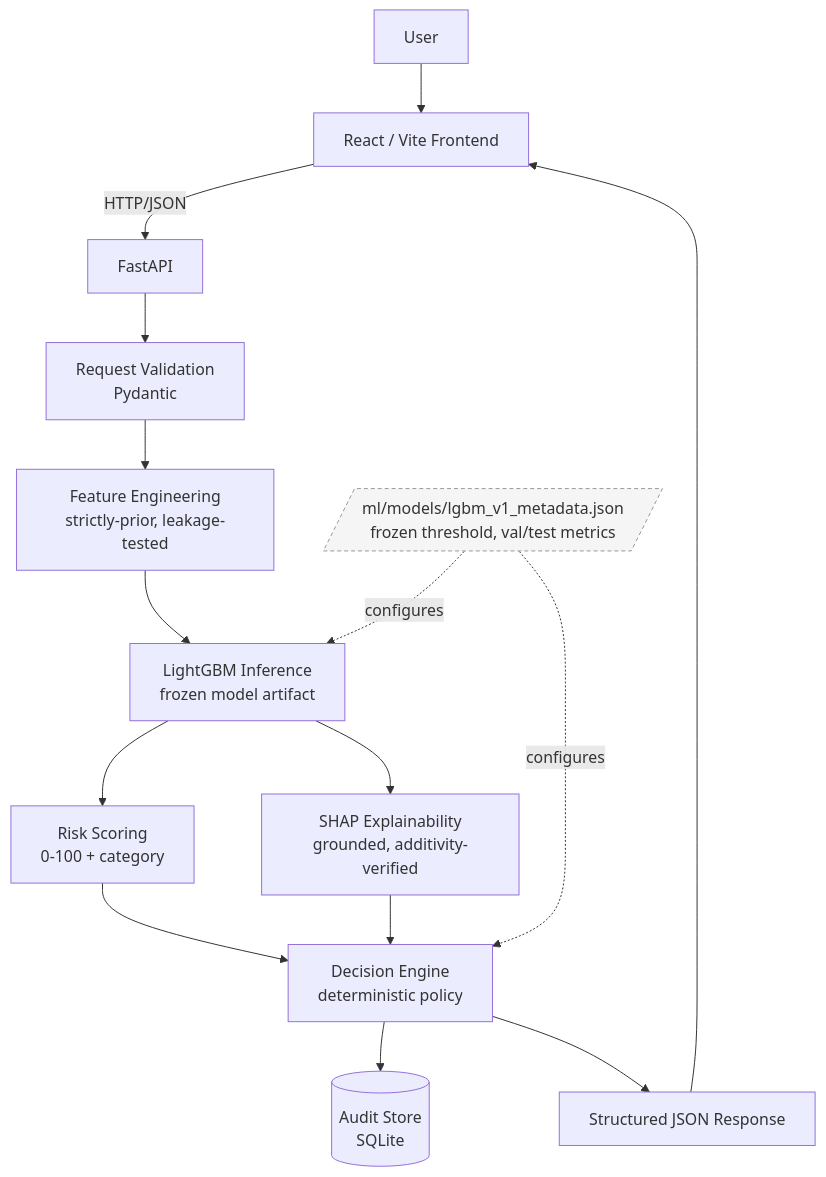
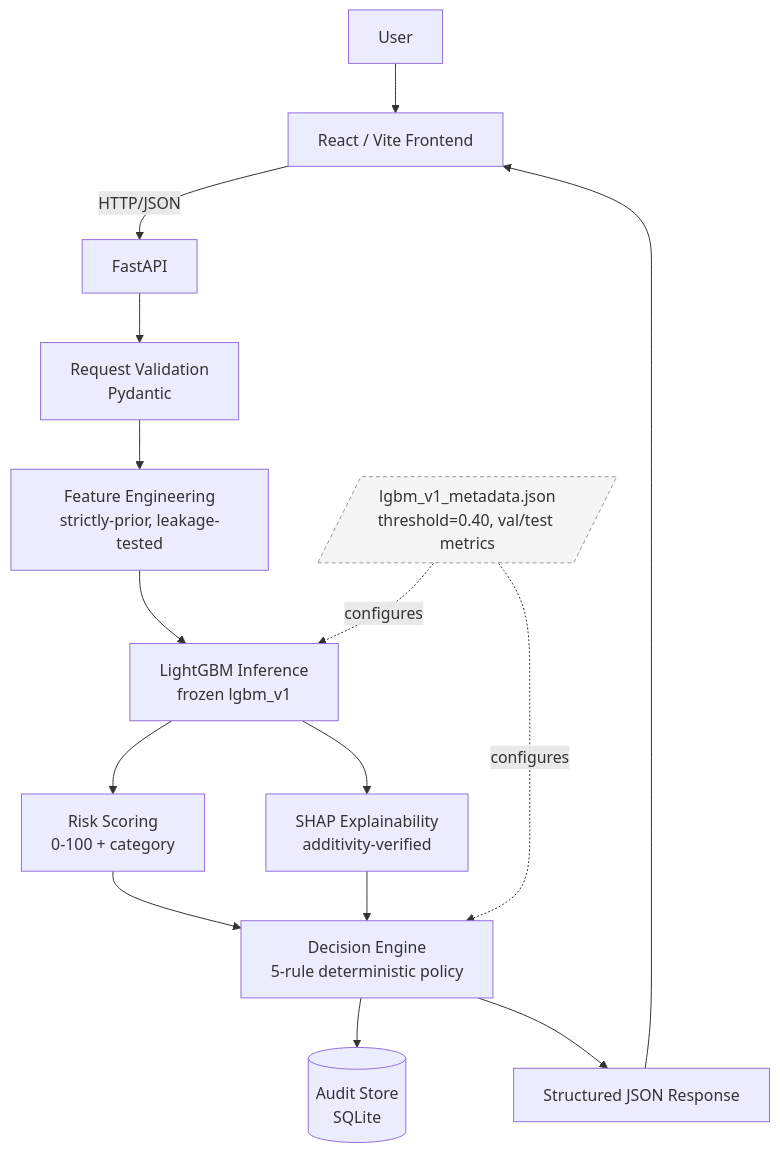
One commit to KunalMK25/merchantshield-ai changed the diagram in README.md. Above: the diagram before and after it, drawn with Mermaid. The commit also changed other lines of this file and 3 other files, not shown here.

````diff
--- a/README.md
+++ b/README.md
@@ -91,20 +105,18 @@
 ```mermaid
 flowchart TD
     U[User] --> FE[React / Vite Frontend]
     FE -- HTTP/JSON --> API[FastAPI]
     API --> VAL[Request Validation<br/>Pydantic]
     VAL --> FEAT[Feature Engineering<br/>strictly-prior, leakage-tested]
-    FEAT --> MODEL[LightGBM Inference<br/>frozen model artifact]
+    FEAT --> MODEL[LightGBM Inference<br/>frozen lgbm_v1]
     MODEL --> SCORE[Risk Scoring<br/>0-100 + category]
-    MODEL --> SHAP[SHAP Explainability<br/>grounded, additivity-verified]
-    SCORE --> DECISION[Decision Engine<br/>deterministic policy]
+    MODEL --> SHAP[SHAP Explainability<br/>additivity-verified]
+    SCORE --> DECISION[Decision Engine<br/>5-rule deterministic policy]
     SHAP --> DECISION
     DECISION --> AUDIT[(Audit Store<br/>SQLite)]
     DECISION --> RESP[Structured JSON Response]
     RESP --> FE
-
-    META[/ml/models/lgbm_v1_metadata.json<br/>frozen threshold, val/test metrics/] -.configures.-> MODEL
+    META[/lgbm_v1_metadata.json<br/>threshold=0.40, val/test metrics/] -.configures.-> MODEL
     META -.configures.-> DECISION
-
     style META fill:#f5f5f5,stroke:#999,stroke-dasharray: 4 3
 ```
````
